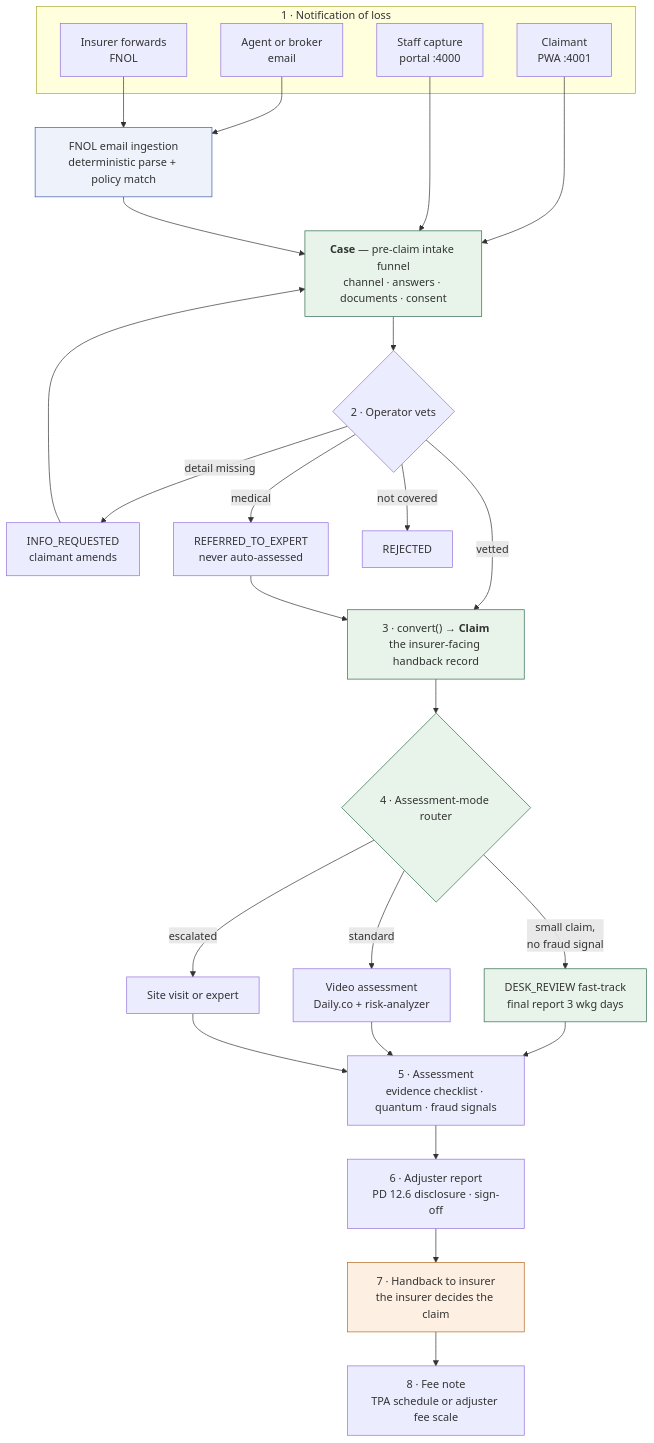
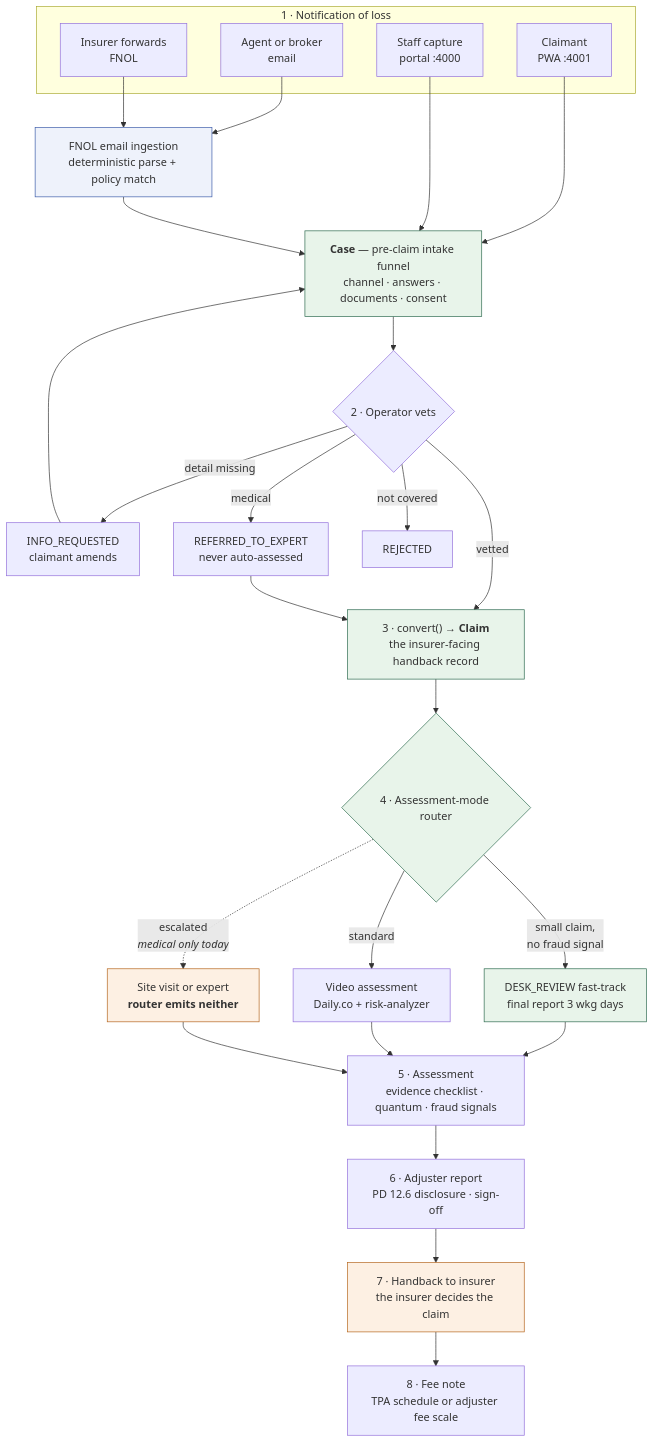
One commit to leobarcove/true-claim-insight changed the first of 11 diagrams in docs/USER_FLOWS.md. Above: the diagram before and after it, drawn with Mermaid. The commit also changed other lines of this file and 12 other files, not shown here.

````diff
--- a/docs/USER_FLOWS.md
+++ b/docs/USER_FLOWS.md
@@ -18,64 +18,67 @@
 ```mermaid
 flowchart TD
     subgraph INTAKE["1 · Notification of loss"]
         C1["`Claimant
 PWA :4001`"]
         C2["`Agent or broker
 email`"]
         C3["`Insurer forwards
 FNOL`"]
         C4["`Staff capture
 portal :4000`"]
     end
 
     C1 --> CASE
     C2 --> ING["`FNOL email ingestion
 deterministic parse + policy match`"]
     C3 --> ING
     C4 --> CASE
     ING --> CASE
 
     CASE["`**Case** — pre-claim intake funnel
 channel · answers · documents · consent`"]
 
     CASE --> VET{"2 · Operator vets"}
     VET -->|"detail missing"| INFO["`INFO_REQUESTED
 claimant amends`"]
     INFO --> CASE
     VET -->|"medical"| EXP["`REFERRED_TO_EXPERT
 never auto-assessed`"]
     VET -->|"not covered"| REJ["REJECTED"]
     VET -->|"vetted"| CONV
     EXP --> CONV
 
     CONV["`3 · convert() → **Claim**
 the insurer-facing handback record`"]
 
     CONV --> MODE{"4 · Assessment-mode router"}
     MODE -->|"`small claim,
 no fraud signal`"| DESK["`DESK_REVIEW fast-track
 final report 3 wkg days`"]
     MODE -->|"standard"| VIDEO["`Video assessment
 Daily.co + risk-analyzer`"]
-    MODE -->|"escalated"| SITE["Site visit or expert"]
+    MODE -.->|"`escalated
+*medical only today*`"| SITE["`Site visit or expert
+**router emits neither**`"]
 
     DESK --> ASSESS
     VIDEO --> ASSESS
     SITE --> ASSESS
 
     ASSESS["`5 · Assessment
 evidence checklist · quantum · fraud signals`"]
     ASSESS --> REPORT["`6 · Adjuster report
 PD 12.6 disclosure · sign-off`"]
     REPORT --> HANDBACK["`7 · Handback to insurer
 the insurer decides the claim`"]
     HANDBACK --> BILL["`8 · Fee note
 TPA schedule or adjuster fee scale`"]
 
     style CASE fill:#e8f4ea,stroke:#2d6a4f
     style CONV fill:#e8f4ea,stroke:#2d6a4f
     style MODE fill:#e8f4ea,stroke:#2d6a4f
     style DESK fill:#e8f4ea,stroke:#2d6a4f
+    style SITE fill:#fdf0e3,stroke:#b5651d
     style HANDBACK fill:#fdf0e3,stroke:#b5651d
     style ING fill:#eef2fb,stroke:#3b5bA9
 ```
````
